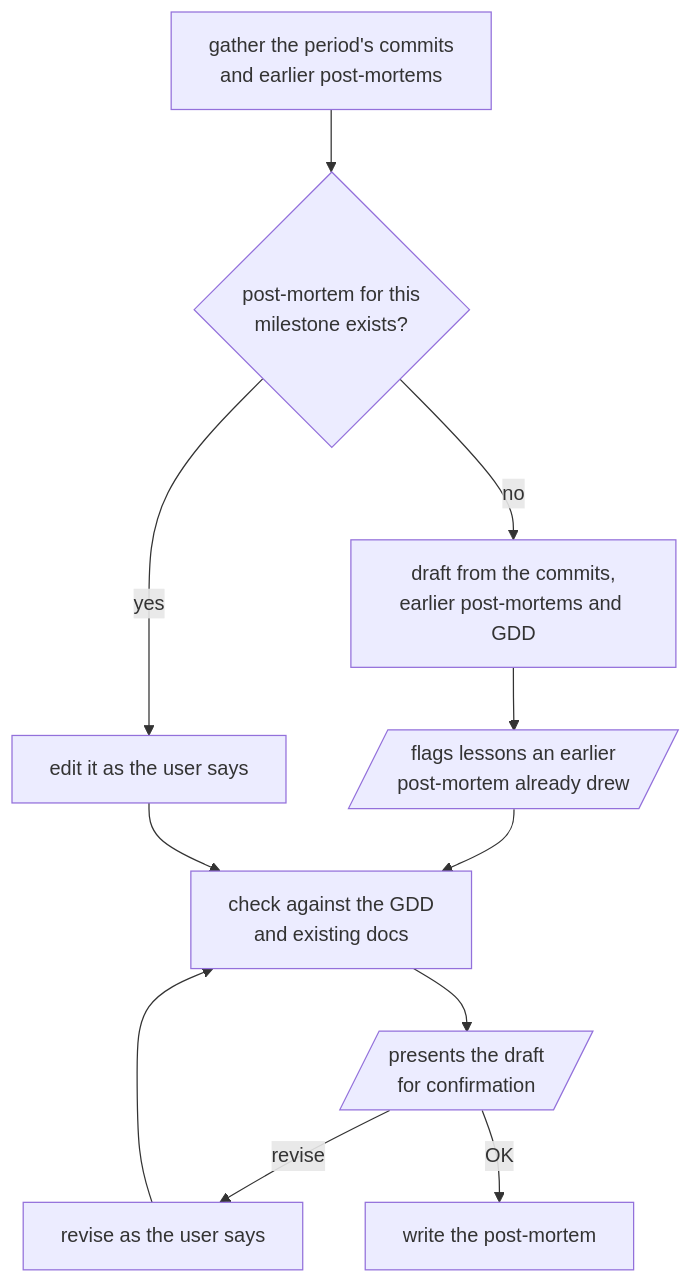
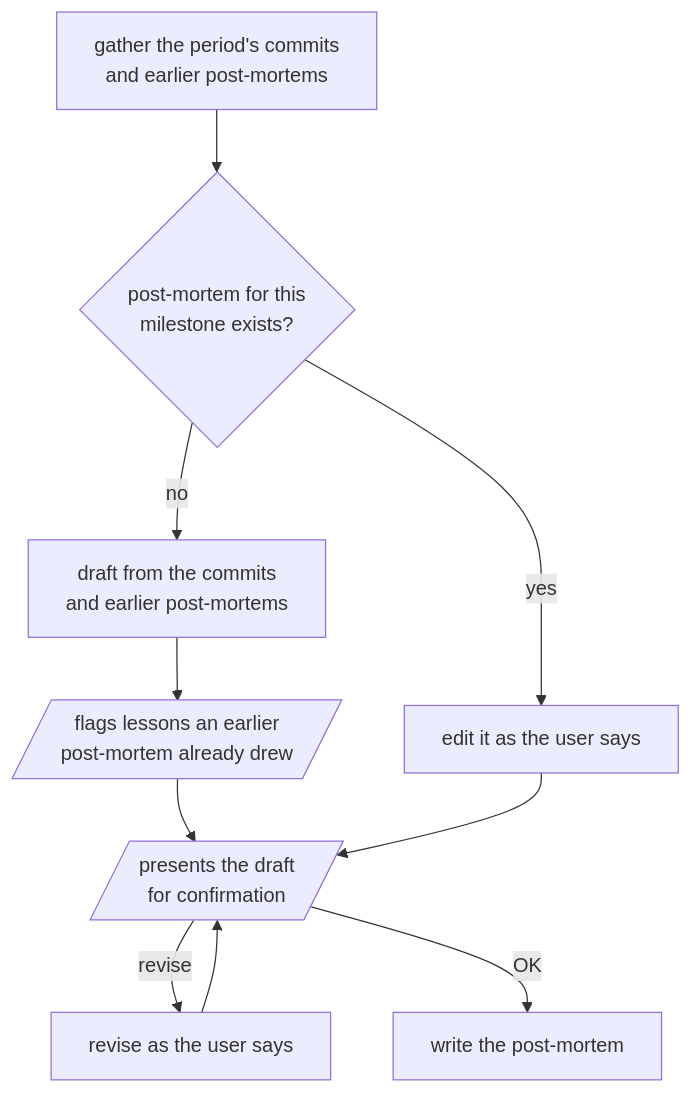
The diagram in domains/game/skills/post-mortem/README.md (omni-stove/skill-kit), drawn with Mermaid before and after one commit. The commit also changed 59 other files, not shown here.

````diff
--- a/domains/game/skills/post-mortem/README.md
+++ b/domains/game/skills/post-mortem/README.md
@@ -3,14 +3,13 @@
 ```mermaid
 flowchart TD
   gather[gather the period's commits<br/>and earlier post-mortems]
   gather --> exists{post-mortem for this<br/>milestone exists?}
   exists -- "yes" --> edit[edit it as the user says]
-  exists -- "no" --> draft[draft from the commits,<br/>earlier post-mortems and GDD]
+  exists -- "no" --> draft[draft from the commits<br/>and earlier post-mortems]
   draft --> repeat[/flags lessons an earlier<br/>post-mortem already drew/]
-  repeat --> check
-  edit --> check[check against the GDD<br/>and existing docs]
-  check --> confirm[/presents the draft<br/>for confirmation/]
+  repeat --> confirm
+  edit --> confirm[/presents the draft<br/>for confirmation/]
   confirm -- "revise" --> revise[revise as the user says]
-  revise --> check
+  revise --> confirm
   confirm -- "OK" --> save[write the post-mortem]
 ```
````
